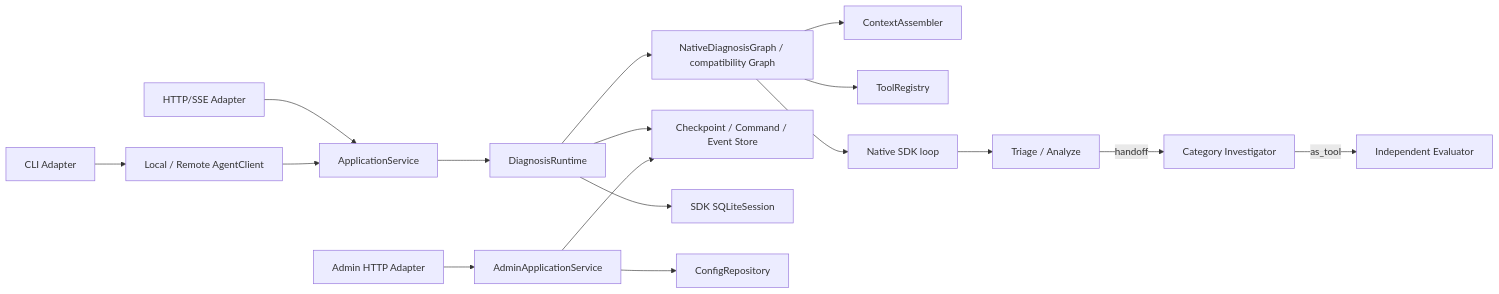
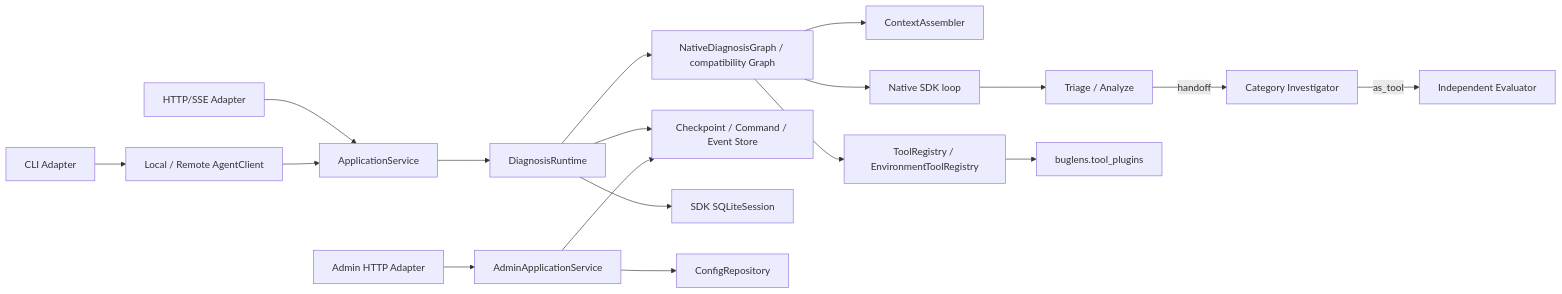
Before and after one commit to Dahaoge666/BugLens: the diagram in backend/docs/architecture.md, drawn with Mermaid. The commit also changed other lines of this file and 48 other files, not shown here.

Commit message:
Add multi-environment diagnosis plugins

````diff
--- a/backend/docs/architecture.md
+++ b/backend/docs/architecture.md
@@ -7,19 +7,20 @@
 ```mermaid
 flowchart LR
     CLI[CLI Adapter] --> CLIENT[Local / Remote AgentClient]
     WEB[HTTP/SSE Adapter] --> APP[ApplicationService]
     CLIENT --> APP
     ADMIN[Admin HTTP Adapter] --> ADMINAPP[AdminApplicationService]
     APP --> RUNTIME[DiagnosisRuntime]
     RUNTIME --> GRAPH[NativeDiagnosisGraph / compatibility Graph]
     RUNTIME --> STORE[Checkpoint / Command / Event Store]
     RUNTIME --> SESSION[SDK SQLiteSession]
     ADMINAPP --> CONFIG[ConfigRepository]
     ADMINAPP --> STORE
     GRAPH --> CONTEXT[ContextAssembler]
-    GRAPH --> TOOLS[ToolRegistry]
+    GRAPH --> TOOLS[ToolRegistry / EnvironmentToolRegistry]
     GRAPH --> NODES[Native SDK loop]
     NODES --> TRIAGE[Triage / Analyze]
     TRIAGE -->|handoff| INVESTIGATE[Category Investigator]
     INVESTIGATE -->|as_tool| EVALUATE[Independent Evaluator]
+    TOOLS --> PLUGINS[buglens.tool_plugins]
 ```
````
